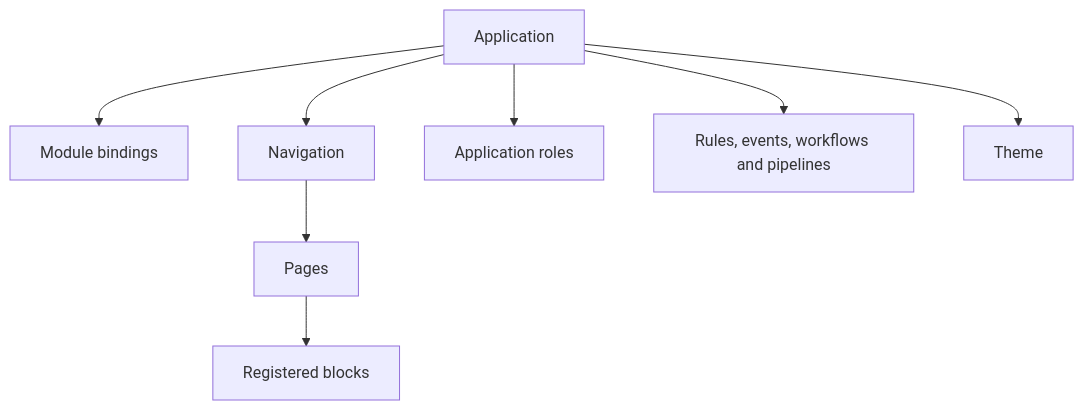
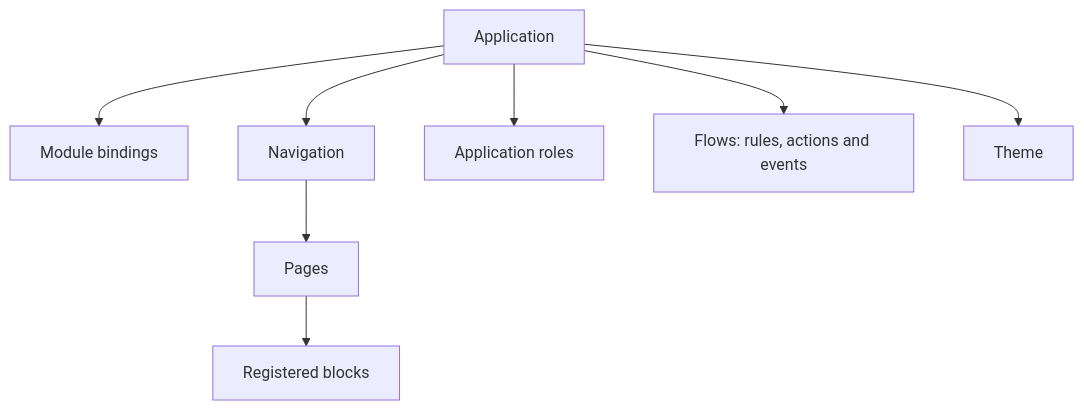
One commit to Abzum-NZ/Abzum-Vortex changed the first of 3 diagrams in docs/specification/07-applications-pages-and-themes.md. Above: the diagram before and after it, drawn with Mermaid. The commit also changed other lines of this file and 6 other files, not shown here.

First line of the commit message:
#978 Align the workflow, application and runtime-service specification with the flow language

````diff
--- a/docs/specification/07-applications-pages-and-themes.md
+++ b/docs/specification/07-applications-pages-and-themes.md
@@ -11,10 +11,10 @@
 ```mermaid
 flowchart TD
     APP[Application] --> MOD[Module bindings]
     APP --> NAV[Navigation]
     NAV --> PAGE[Pages]
     PAGE --> BLOCK[Registered blocks]
     APP --> ROLE[Application roles]
-    APP --> BEHAVIOUR[Rules, events, workflows and pipelines]
+    APP --> BEHAVIOUR[Flows: rules, actions and events]
     APP --> THEME[Theme]
 ```
````
